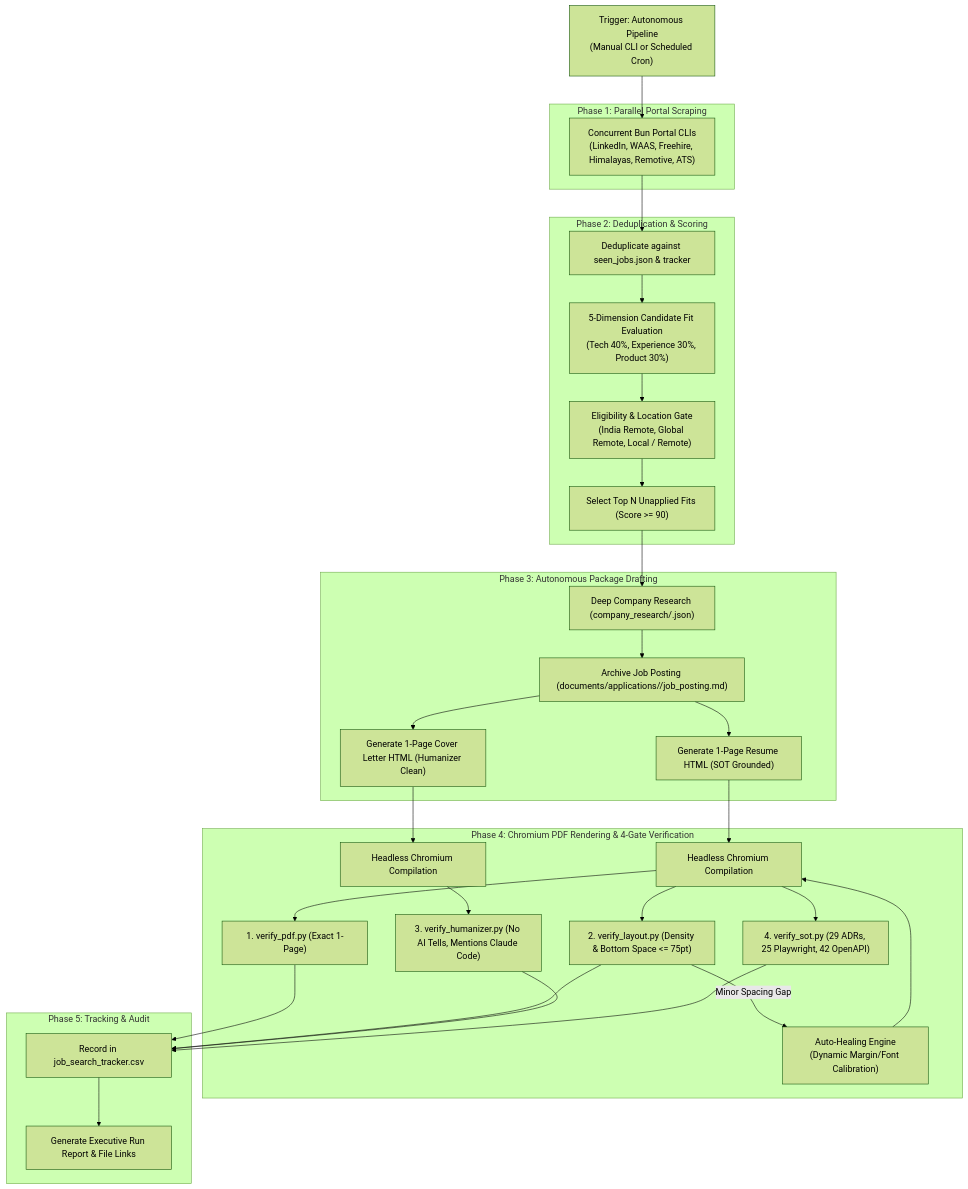
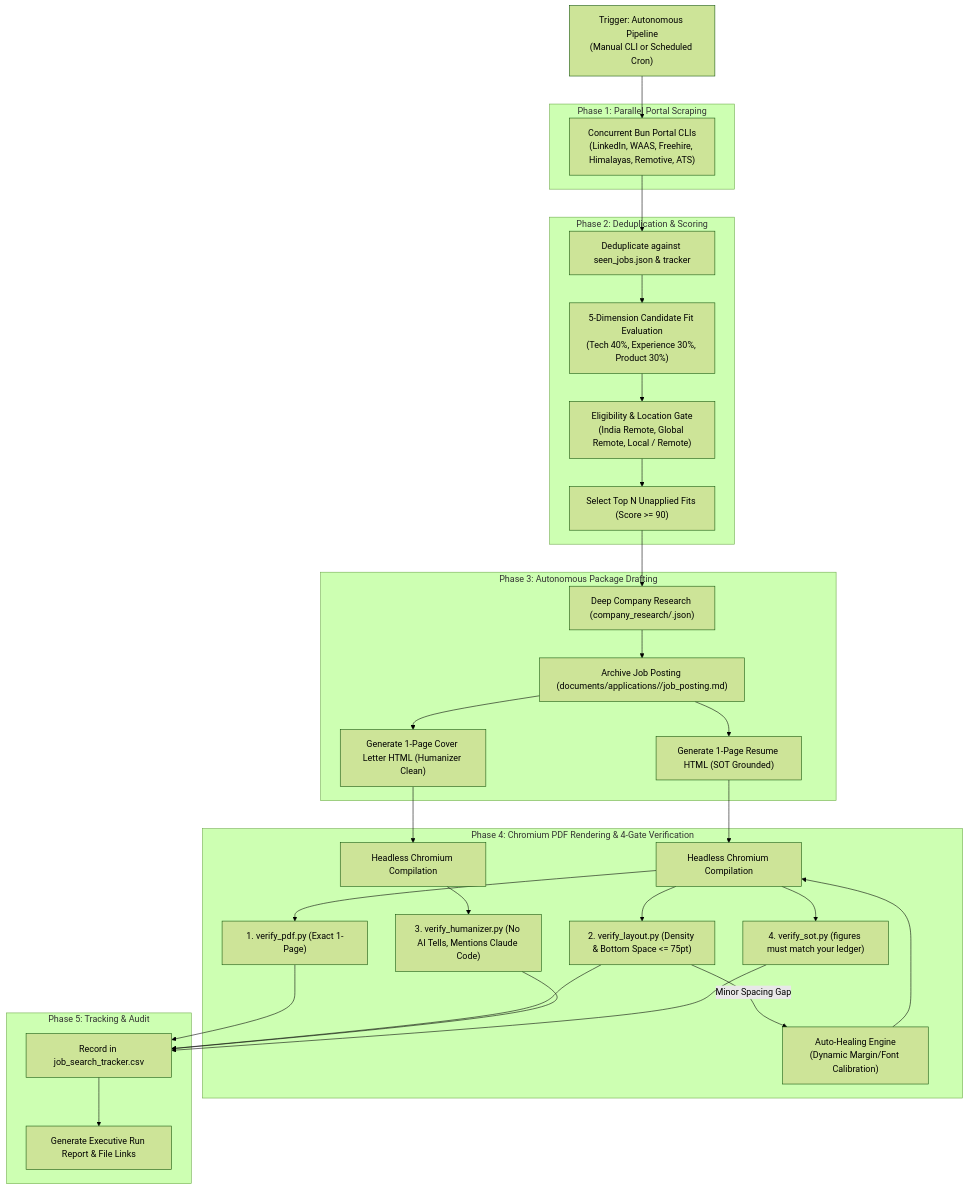
The diagram in PIPELINE_AUTOMATION_GUIDE.md (Faisa1khan/ai-job-search-global), drawn with Mermaid (forest theme) before and after one commit. The commit also changed other lines of this file and 4 other files, not shown here.

````diff
--- a/PIPELINE_AUTOMATION_GUIDE.md
+++ b/PIPELINE_AUTOMATION_GUIDE.md
@@ -9,38 +9,38 @@
 ```mermaid
 flowchart TD
     Trigger["Trigger: Autonomous Pipeline<br>(Manual CLI or Scheduled Cron)"] --> Scrape
     
     subgraph S1["Phase 1: Parallel Portal Scraping"]
         Scrape["Concurrent Bun Portal CLIs<br>(LinkedIn, WAAS, Freehire, Himalayas, Remotive, ATS)"]
     end
     
     subgraph S2["Phase 2: Deduplication & Scoring"]
         Scrape --> Dedupe["Deduplicate against seen_jobs.json & tracker"]
         Dedupe --> Score["5-Dimension Candidate Fit Evaluation<br>(Tech 40%, Experience 30%, Product 30%)"]
         Score --> Filter["Eligibility & Location Gate<br>(India Remote, Global Remote, Local / Remote)"]
         Filter --> Select["Select Top N Unapplied Fits (Score >= 90)"]
     end
     
     subgraph S3["Phase 3: Autonomous Package Drafting"]
         Select --> Research["Deep Company Research (company_research/<slug>.json)"]
         Research --> Archive["Archive Job Posting (documents/applications/<slug>/job_posting.md)"]
         Archive --> Resume["Generate 1-Page Resume HTML (SOT Grounded)"]
         Archive --> Cover["Generate 1-Page Cover Letter HTML (Humanizer Clean)"]
     end
     
     subgraph S4["Phase 4: Chromium PDF Rendering & 4-Gate Verification"]
         Resume --> ChromeR["Headless Chromium Compilation"]
         Cover --> ChromeC["Headless Chromium Compilation"]
         ChromeR --> V1["1. verify_pdf.py (Exact 1-Page)"]
         ChromeR --> V2["2. verify_layout.py (Density & Bottom Space <= 75pt)"]
         ChromeC --> V3["3. verify_humanizer.py (No AI Tells, Mentions Claude Code)"]
-        ChromeR --> V4["4. verify_sot.py (29 ADRs, 25 Playwright, 42 OpenAPI)"]
+        ChromeR --> V4["4. verify_sot.py (figures must match your ledger)"]
         
         V2 -- "Minor Spacing Gap" --> AutoHeal["Auto-Healing Engine<br>(Dynamic Margin/Font Calibration)"] --> ChromeR
     end
     
     subgraph S5["Phase 5: Tracking & Audit"]
         V1 & V2 & V3 & V4 --> Record["Record in job_search_tracker.csv"]
         Record --> Output["Generate Executive Run Report & File Links"]
     end
 ```
````
